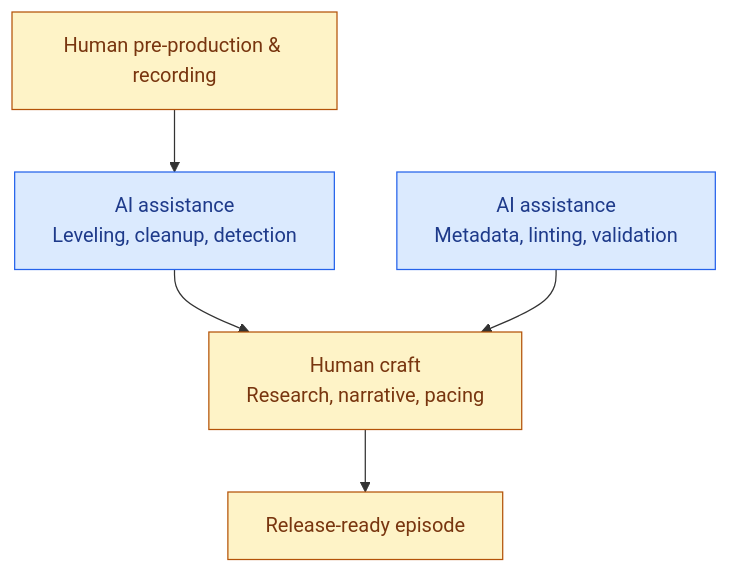
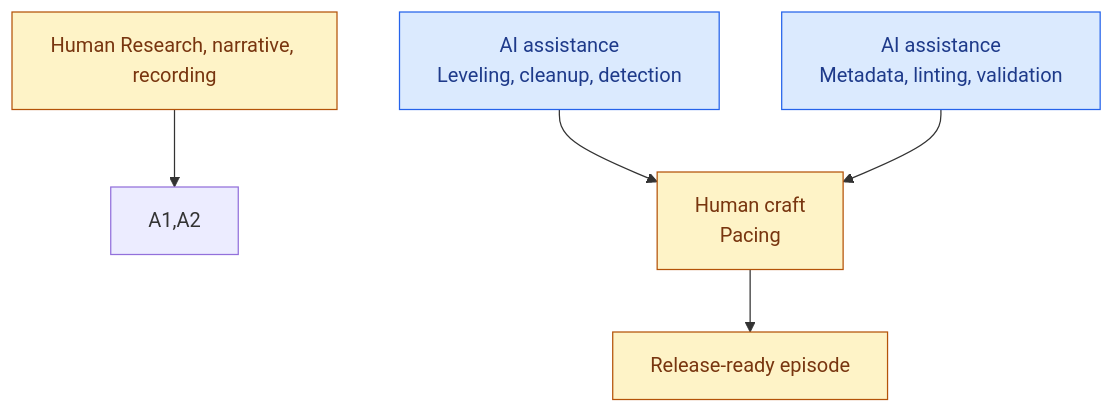
One commit to seetheday/podcast-automation changed the second of 2 diagrams in substack/drafts/01-agentic-ai-intro.md. Above: the diagram before and after it, drawn with Mermaid.

Commit message:
Refine diagram for human roles in AI-assisted production

````diff
--- a/substack/drafts/01-agentic-ai-intro.md
+++ b/substack/drafts/01-agentic-ai-intro.md
@@ -93,12 +93,12 @@
 ```mermaid
 flowchart TB
-    H1[Human pre-production & recording] --> A1
-    H2[Human craft<br/>Research, narrative, pacing] --> R[Release-ready episode]
+    H1[Human Research, narrative, recording] --> A1,A2
+    H2[Human craft<br/>Pacing] --> R[Release-ready episode]
     A1[AI assistance<br/>Leveling, cleanup, detection] --> H2
     A2[AI assistance<br/>Metadata, linting, validation] --> H2
 
     classDef human fill:#fef3c7,stroke:#b45309,color:#78350f;
     classDef auto fill:#dbeafe,stroke:#2563eb,color:#1e3a8a;
     class H1,H2,R human;
     class A1,A2 auto;
 ```
````
